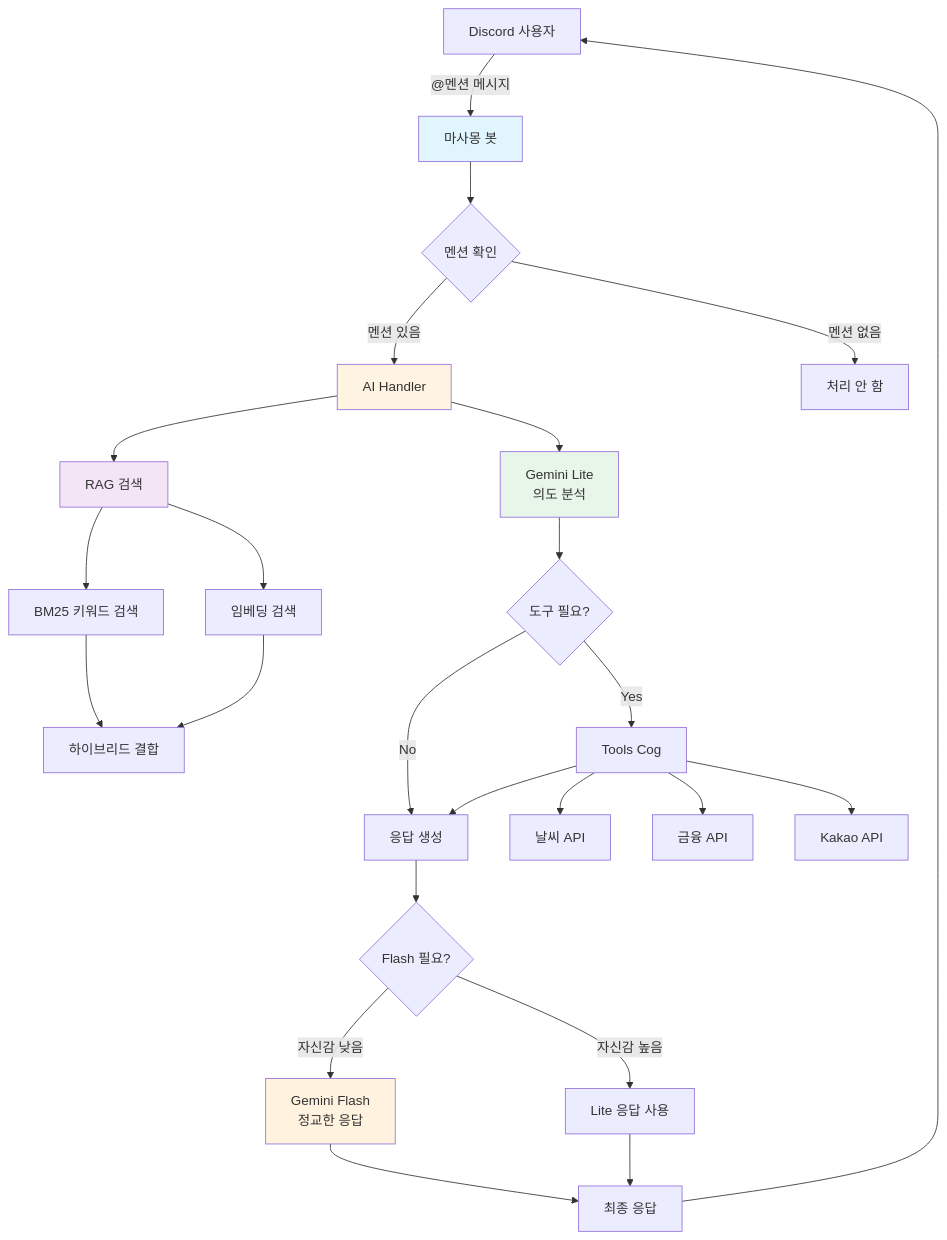
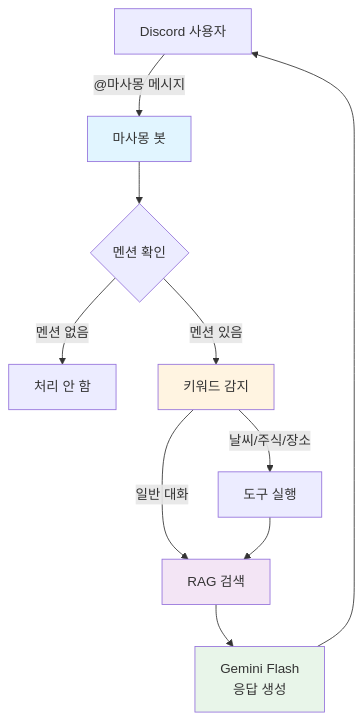
Before and after one commit to kim0040/masamong: the first of 3 diagrams in README.md, drawn with Mermaid. The commit also changed other lines of this file, not shown here.

Commit message:
docs: Update README for single-model architecture v2.1

````diff
--- a/README.md
+++ b/README.md
@@ -57,38 +60,19 @@
 ```mermaid
 graph TB
-    User[Discord 사용자] -->|"@멘션 메시지"| Bot[마사몽 봇]
+    User[Discord 사용자] -->|"@마사몽 메시지"| Bot[마사몽 봇]
     Bot --> MentionCheck{멘션 확인}
-    MentionCheck -->|"멘션 있음"| AIHandler[AI Handler]
     MentionCheck -->|"멘션 없음"| Skip[처리 안 함]
+    MentionCheck -->|"멘션 있음"| KeywordDetect[키워드 감지]
     
-    AIHandler --> RAG[RAG 검색]
-    AIHandler --> LiteModel[Gemini Lite<br/>의도 분석]
+    KeywordDetect -->|"날씨/주식/장소"| Tools[도구 실행]
+    KeywordDetect -->|"일반 대화"| RAG[RAG 검색]
     
-    RAG --> BM25[BM25 키워드 검색]
-    RAG --> Embedding[임베딩 검색]
-    BM25 --> Hybrid[하이브리드 결합]
-    Embedding --> Hybrid
-    
-    LiteModel --> Tools{도구 필요?}
-    Tools -->|Yes| ToolsCog[Tools Cog]
-    Tools -->|No| Response
-    
-    ToolsCog --> Weather[날씨 API]
-    ToolsCog --> Finance[금융 API]
-    ToolsCog --> Kakao[Kakao API]
-    ToolsCog --> Response[응답 생성]
-    
-    Response --> FlashCheck{Flash 필요?}
-    FlashCheck -->|"자신감 낮음"| FlashModel[Gemini Flash<br/>정교한 응답]
-    FlashCheck -->|"자신감 높음"| LiteResponse[Lite 응답 사용]
-    
-    FlashModel --> Final[최종 응답]
-    LiteResponse --> Final
-    Final --> User
+    Tools --> RAG
+    RAG --> MainModel[Gemini Flash<br/>응답 생성]
+    MainModel --> User
     
     style Bot fill:#e1f5ff
-    style AIHandler fill:#fff4e1
+    style KeywordDetect fill:#fff4e1
     style RAG fill:#f3e5f5
-    style LiteModel fill:#e8f5e9
-    style FlashModel fill:#fff3e0
+    style MainModel fill:#e8f5e9
 ```
````
